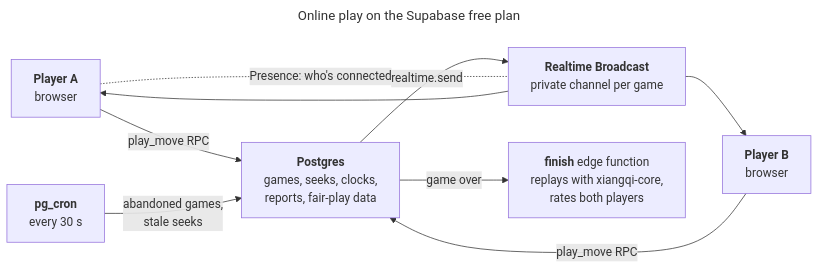
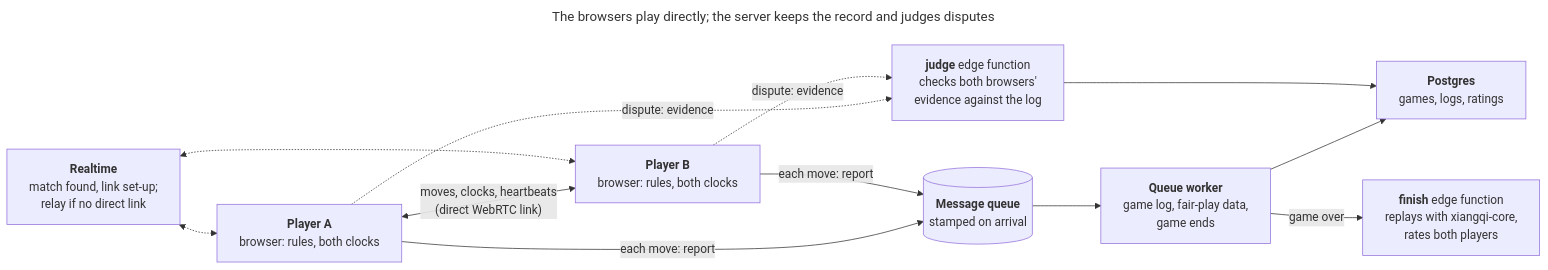
Before and after one commit to jetzhu/xiangqi: the third of 3 diagrams in docs/v0.3-online-design.md, drawn with Mermaid. The commit also changed other lines of this file, not shown here.

Commit message:
docs: v0.3 browsers play directly, the server keeps a queued record and judges disputes; D4, D7, D8 settled

````diff
--- a/docs/v0.3-online-design.md
+++ b/docs/v0.3-online-design.md
@@ -282,14 +284,17 @@
 ```mermaid
 ---
-title: Online play on the Supabase free plan
+title: The browsers play directly; the server keeps the record and judges disputes
 ---
 flowchart LR
-  a["<b>Player A</b><br/>browser"] -- "play_move RPC" --> db
-  b["<b>Player B</b><br/>browser"] -- "play_move RPC" --> db
-  db["<b>Postgres</b><br/>games, seeks, clocks,<br/>reports, fair-play data"] -- "realtime.send" --> rt["<b>Realtime Broadcast</b><br/>private channel per game"]
-  rt --> a
-  rt --> b
-  db -- "game over" --> fin["<b>finish</b> edge function<br/>replays with xiangqi-core,<br/>rates both players"]
-  cron["<b>pg_cron</b><br/>every 30 s"] -- "abandoned games,<br/>stale seeks" --> db
-  a -. "Presence: who's connected" .- rt
+  a["<b>Player A</b><br/>browser: rules, both clocks"] <-- "moves, clocks, heartbeats<br/>(direct WebRTC link)" --> b["<b>Player B</b><br/>browser: rules, both clocks"]
+  a -- "each move: report" --> q[("<b>Message queue</b><br/>stamped on arrival")]
+  b -- "each move: report" --> q
+  q --> w["<b>Queue worker</b><br/>game log, fair-play data,<br/>game ends"]
+  w --> db["<b>Postgres</b><br/>games, logs, ratings"]
+  w -- "game over" --> fin["<b>finish</b> edge function<br/>replays with xiangqi-core,<br/>rates both players"]
+  a -. "dispute: evidence" .-> judge["<b>judge</b> edge function<br/>checks both browsers'<br/>evidence against the log"]
+  b -. "dispute: evidence" .-> judge
+  judge --> db
+  rt["<b>Realtime</b><br/>match found, link set-up;<br/>relay if no direct link"] <-.-> a
+  rt <-.-> b
 ```
````
